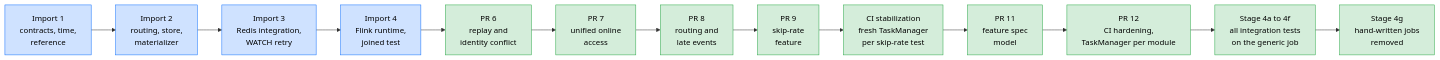
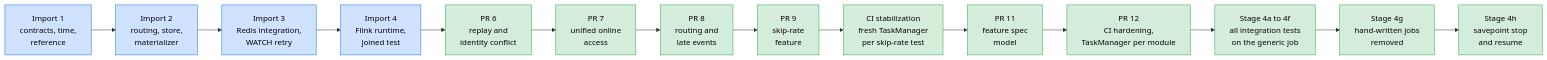
The diagram in docs/streaming-migration.md (oster-dev/featureforge), drawn with Mermaid before and after one commit. The commit also changed other lines of this file and 9 other files, not shown here.

Commit message:
test: resume the generic job from a savepoint with its state intact (#28)

````diff
--- a/docs/streaming-migration.md
+++ b/docs/streaming-migration.md
@@ -20,18 +20,19 @@
 ```mermaid
 flowchart LR
     I1[Import 1<br/>contracts, time,<br/>reference]:::imp --> I2[Import 2<br/>routing, store,<br/>materializer]:::imp
     I2 --> I3[Import 3<br/>Redis integration,<br/>WATCH retry]:::imp
     I3 --> I4[Import 4<br/>Flink runtime,<br/>joined test]:::imp
     I4 --> D1[PR 6<br/>replay and<br/>identity conflict]:::dev
     D1 --> D2[PR 7<br/>unified online<br/>access]:::dev
     D2 --> D3[PR 8<br/>routing and<br/>late events]:::dev
     D3 --> D4[PR 9<br/>skip-rate<br/>feature]:::dev
     D4 --> D5[CI stabilization<br/>fresh TaskManager<br/>per skip-rate test]:::dev
     D5 --> D6[PR 11<br/>feature spec<br/>model]:::dev
     D6 --> D7[PR 12<br/>CI hardening,<br/>TaskManager per module]:::dev
     D7 --> D8[Stage 4a to 4f<br/>all integration tests<br/>on the generic job]:::dev
     D8 --> D9[Stage 4g<br/>hand-written jobs<br/>removed]:::dev
+    D9 --> D10[Stage 4h<br/>savepoint stop<br/>and resume]:::dev
 
     classDef imp fill:#cfe2ff,stroke:#0d6efd,color:#000
     classDef dev fill:#d4edda,stroke:#28a745,color:#000
 ```
````
